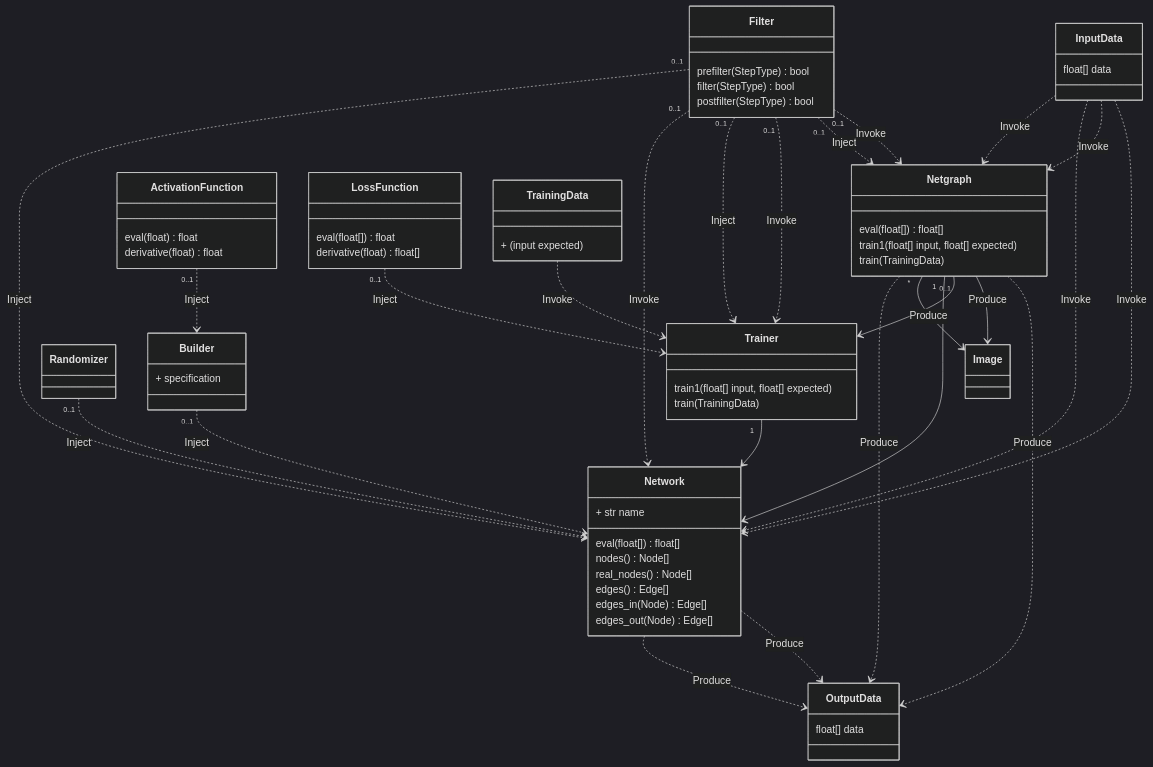
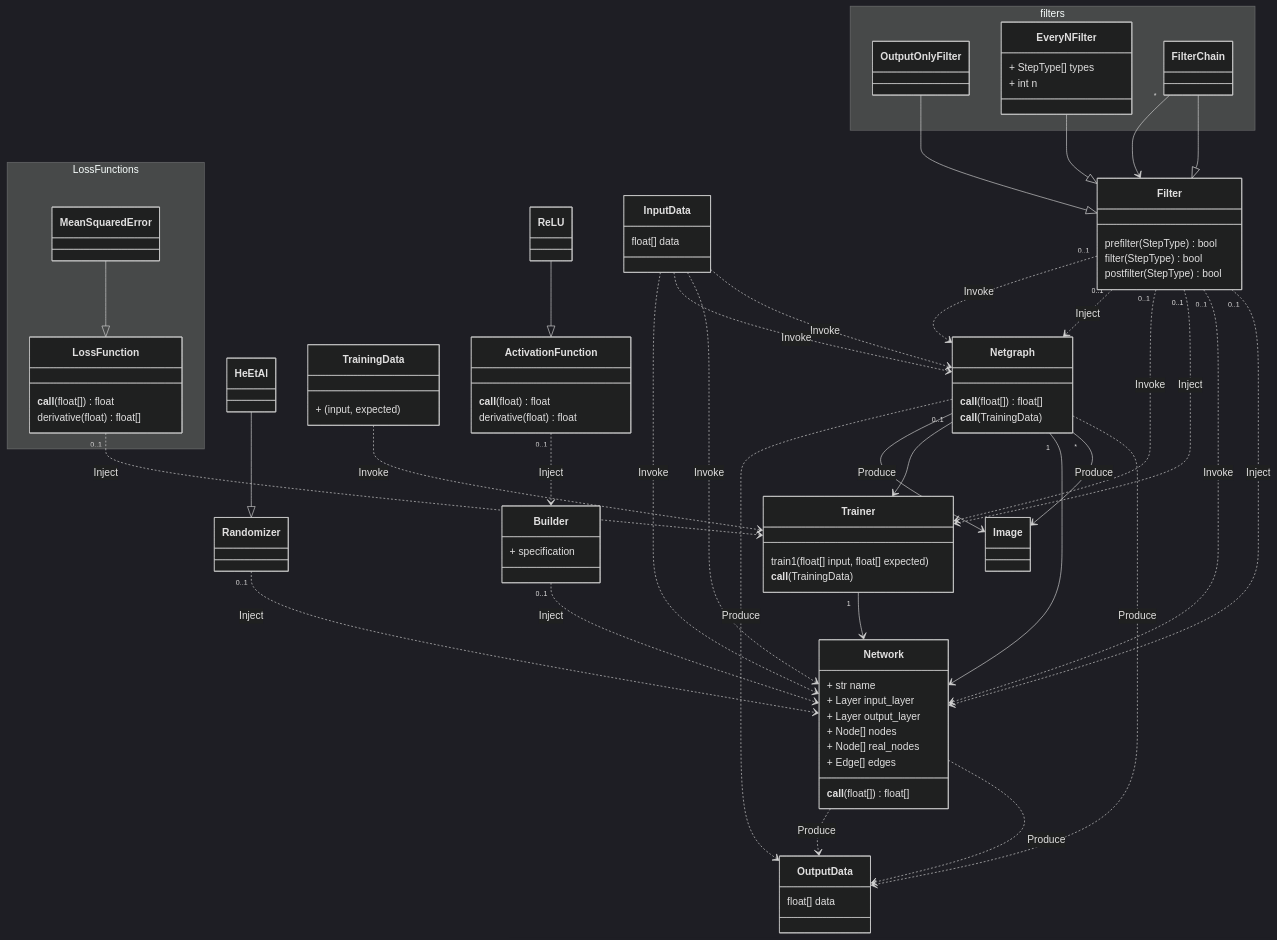
One commit to BobKerns/back-propagation changed the diagram in doc/user.md. Above: the diagram before and after it, drawn with Mermaid (dark theme). The commit also changed 5 other files, not shown here.

Commit message:
Doc diagram updates.

```diff
--- a/doc/user.md
+++ b/doc/user.md
@@ -11,42 +11,70 @@
   class Randomizer {
 
   }
+  class HeEtAl {
+
+  }
+  HeEtAl --|> Randomizer
   class Network {
     + str name
-    eval(float[]) float[]
-    nodes() Node[]
-    real_nodes() Node[]
-    edges() Edge[]
-    edges_in(Node) Edge[]
-    edges_out(Node) Edge[]
+    + Layer input_layer
+    + Layer output_layer
+    + Node[] nodes
+    + Node[] real_nodes
+    + Edge[] edges
+    __call__(float[]) float[]
   }
   class Netgraph {
-    eval(float[]) float[]
-    train1(float[] input, float[] expected)
-    train(TrainingData)
+    __call__(float[]) float[]
+    __call__(TrainingData)
   }
   class Filter {
     prefilter(StepType) bool
     filter(StepType) bool
     postfilter(StepType) bool
   }
+  namespace filters {
+    class OutputOnlyFilter {
+    }
+    class EveryNFilter {
+        + StepType[] types
+        + int n
+    }
+    class FilterChain {
+
+    }
+  }
+  OutputOnlyFilter --|> Filter
+  EveryNFilter --|> Filter
+  FilterChain --|> Filter
+  FilterChain "*" --> Filter
 
   class ActivationFunction {
-    eval(float) float
+    __call__(float) float
     derivative(float) float
   }
+  class ReLU {
+
+  }
+  ReLU --|> ActivationFunction
 
   class Trainer {
     train1(float[] input, float[] expected)
-    train(TrainingData)
+    __call__(TrainingData)
   }
-  class LossFunction {
-    eval(float[]) float
-    derivative(float) float[]
+  namespace LossFunctions {
+    class LossFunction {
+        __call__(float[]) float
+        derivative(float) float[]
+    }
+    class MeanSquaredError {
+
+    }
   }
+  MeanSquaredError --|> LossFunction
 
   class TrainingData {
-    + (input expected)
+    + (input, expected)
   }
 
   class InputData {
```
